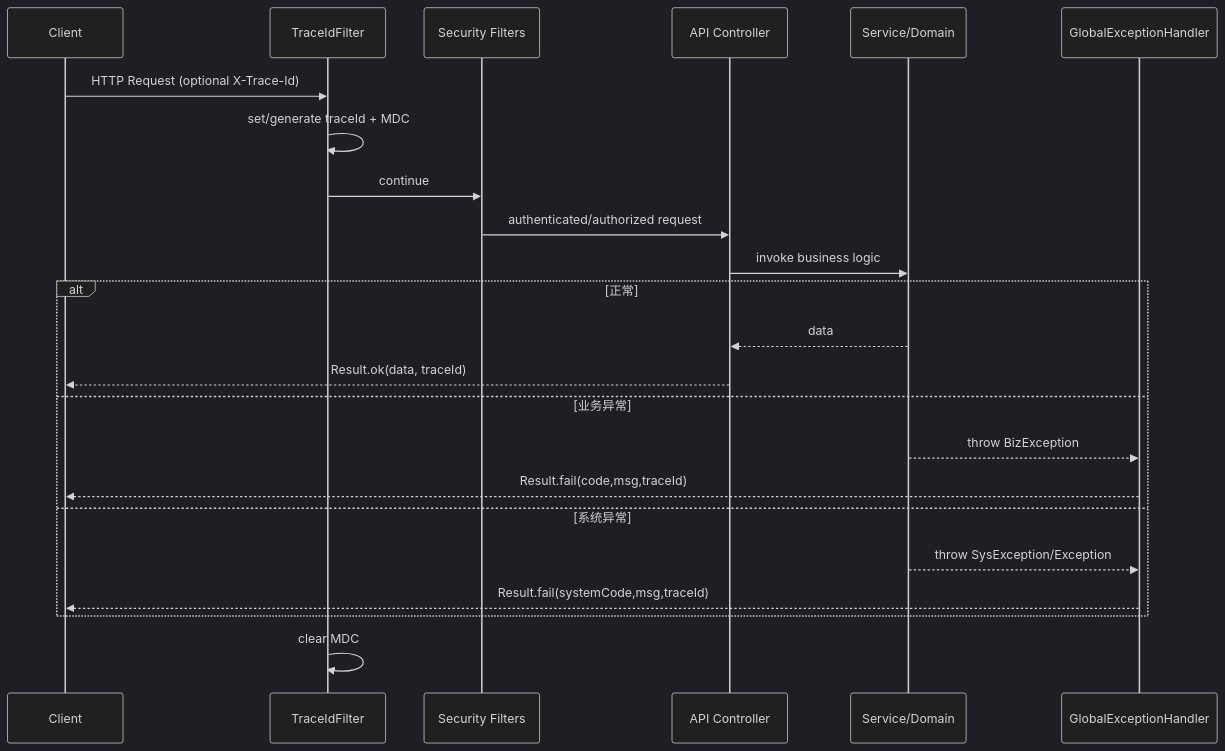
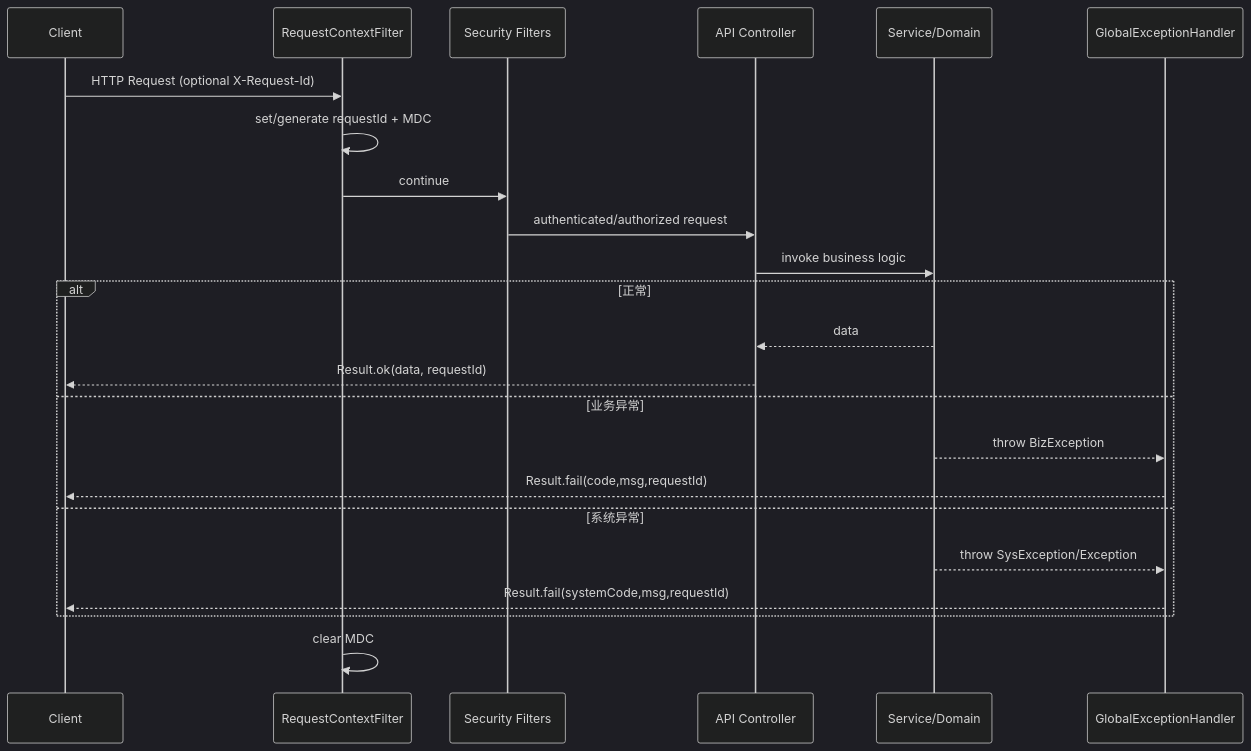
Before and after one commit to JianwenShaw/MediAskDocs: the diagram in docs/19-ERROR_EXCEPTION_RESPONSE_DESIGN.md, drawn with Mermaid (dark theme). The commit also changed other lines of this file and 31 other files, not shown here.

Commit message:
feat: architecture refactor

````diff
--- a/docs/19-ERROR_EXCEPTION_RESPONSE_DESIGN.md
+++ b/docs/19-ERROR_EXCEPTION_RESPONSE_DESIGN.md
@@ -122,28 +123,28 @@
 ```mermaid
 sequenceDiagram
     participant C as Client
-    participant F as TraceIdFilter
+    participant F as RequestContextFilter
     participant S as Security Filters
     participant A as API Controller
     participant SV as Service/Domain
     participant H as GlobalExceptionHandler
 
-    C->>F: HTTP Request (optional X-Trace-Id)
-    F->>F: set/generate traceId + MDC
+    C->>F: HTTP Request (optional X-Request-Id)
+    F->>F: set/generate requestId + MDC
     F->>S: continue
     S->>A: authenticated/authorized request
     A->>SV: invoke business logic
 
     alt 正常
         SV-->>A: data
-        A-->>C: Result.ok(data, traceId)
+        A-->>C: Result.ok(data, requestId)
     else 业务异常
         SV-->>H: throw BizException
-        H-->>C: Result.fail(code,msg,traceId)
+        H-->>C: Result.fail(code,msg,requestId)
     else 系统异常
         SV-->>H: throw SysException/Exception
-        H-->>C: Result.fail(systemCode,msg,traceId)
+        H-->>C: Result.fail(systemCode,msg,requestId)
     end
 
     F->>F: clear MDC
 ```
````
